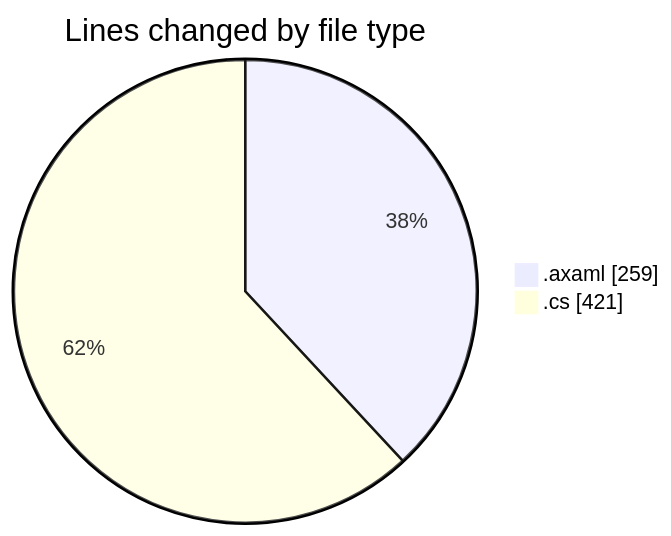
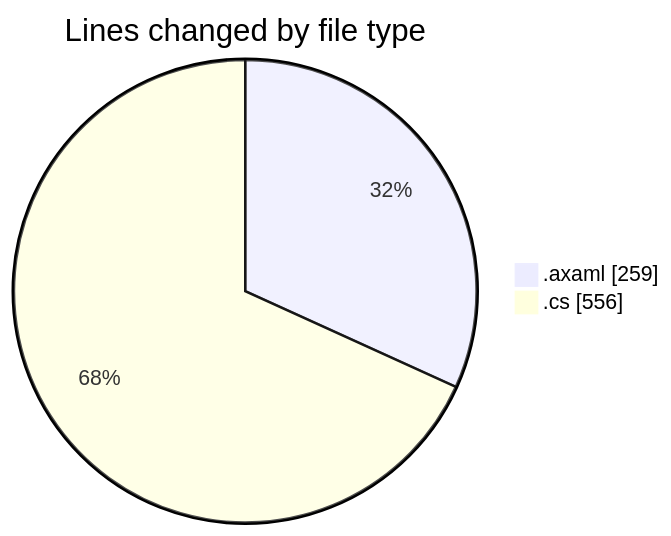
Before and after one commit to Netris89/code-tracking: the first of 2 diagrams in 2025-11-01/skintrack/README.md, drawn with Mermaid. The commit also changed other lines of this file and 1 other file, not shown here.

````diff
--- a/2025-11-01/skintrack/README.md
+++ b/2025-11-01/skintrack/README.md
@@ -25,6 +26,6 @@
 ```mermaid
 pie showData
 title Lines changed by file type
 ".axaml" : 259
-".cs" : 421
+".cs" : 556
 ```
````
